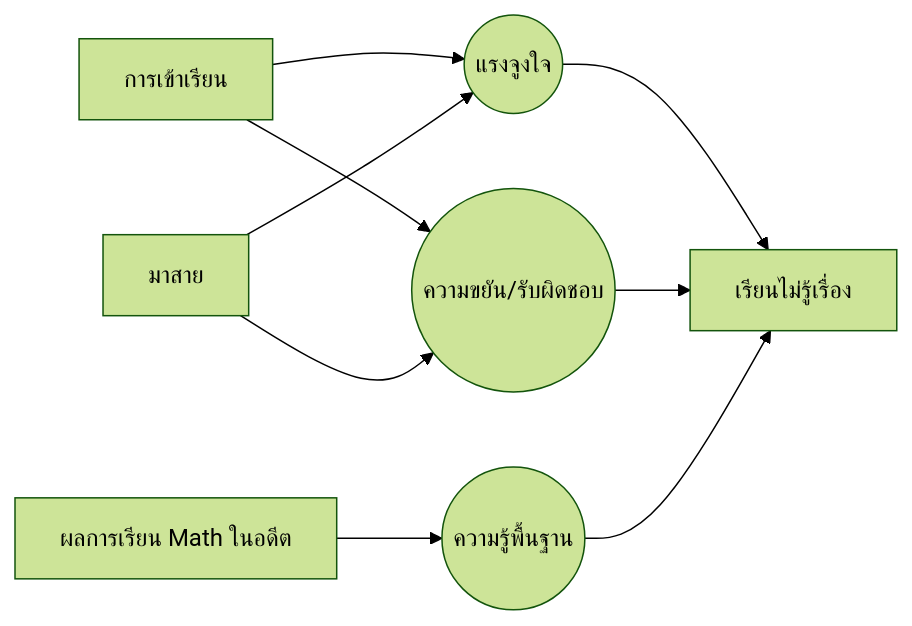
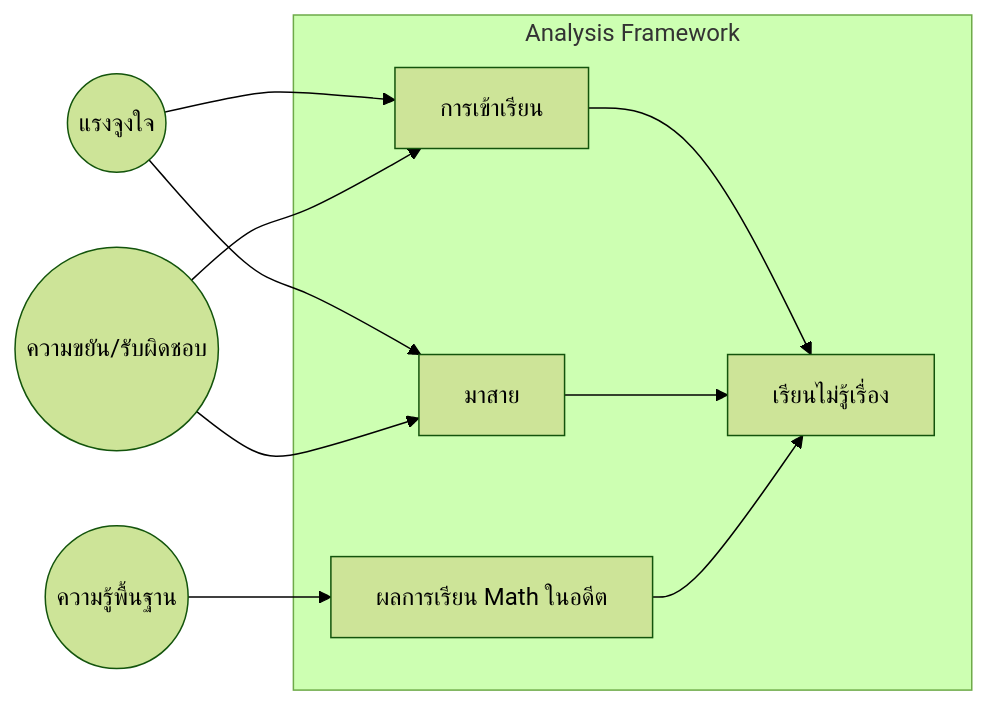
The eighth of 11 diagrams in diagnostic analytics/dianostic_ana.qmd (datakruroo/datakruroo.github.io), drawn with Mermaid (forest theme) before and after one commit. The commit also changed other lines of this file and 9 other files, not shown here.

````diff
--- a/diagnostic analytics/dianostic_ana.qmd
+++ b/diagnostic analytics/dianostic_ana.qmd
@@ -822,19 +869,27 @@
 ```{mermaid}
 %% | echo: false
 %% | fig-align: "center"
 
 
 flowchart LR
 
-A["การเข้าเรียน"]-->B(("แรงจูงใจ"))
-A["การเข้าเรียน"]-->C(("ความขยัน/รับผิดชอบ"))
 
-D["มาสาย"]-->B
-D["มาสาย"]-->C
+B(("แรงจูงใจ"))-->A["การเข้าเรียน"]
 
-E["ผลการเรียน Math ในอดีต"] --> F(("ความรู้พื้นฐาน"))
+C(("ความขยัน/รับผิดชอบ"))--> A
 
-B-->G["เรียนไม่รู้เรื่อง"]
-C-->G
-F-->G
+B-->D["มาสาย"]
+C-->D
+
+
+F(("ความรู้พื้นฐาน"))-->E["ผลการเรียน Math ในอดีต"] 
+
+
+subgraph analysis_framework ["Analysis Framework"]
+A-->G["เรียนไม่รู้เรื่อง"]
+D-->G
+E-->G
+end
+
+
 ```
````
